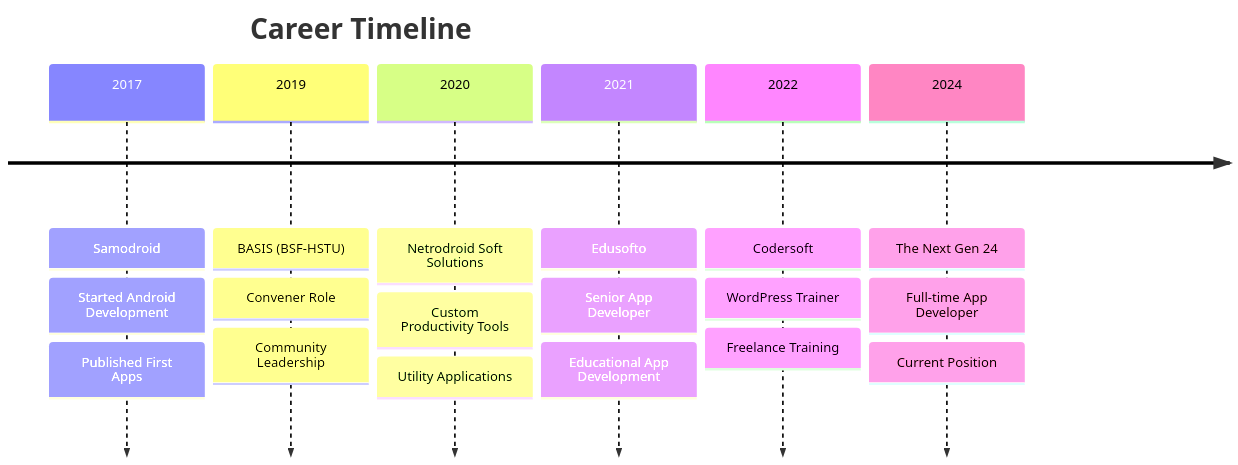
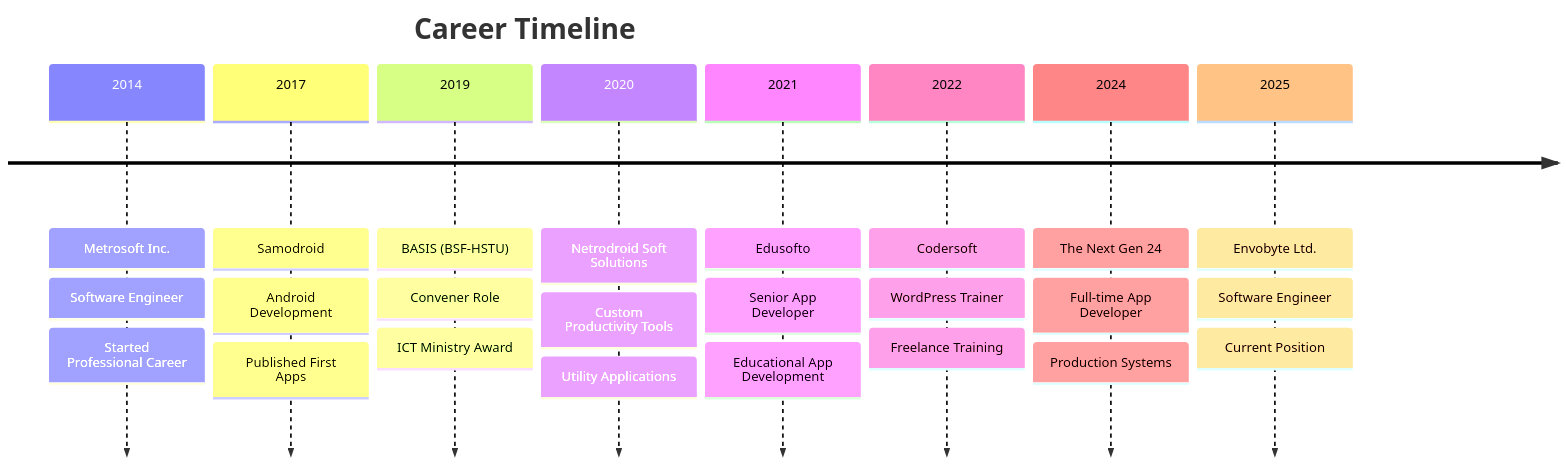
The diagram in README.md (samoba-islam/samoba-islam), drawn with Mermaid before and after one commit. The commit also changed other lines of this file, not shown here.

````diff
--- a/README.md
+++ b/README.md
@@ -237,22 +331,28 @@
 ```mermaid
 timeline
     title Career Timeline
+    2014 : Metrosoft Inc.
+         : Software Engineer
+         : Started Professional Career
     2017 : Samodroid
-         : Started Android Development
+         : Android Development
          : Published First Apps
     2019 : BASIS (BSF-HSTU)
          : Convener Role
-         : Community Leadership
+         : ICT Ministry Award
     2020 : Netrodroid Soft Solutions
          : Custom Productivity Tools
          : Utility Applications
     2021 : Edusofto
          : Senior App Developer
          : Educational App Development
     2022 : Codersoft
          : WordPress Trainer
          : Freelance Training
     2024 : The Next Gen 24
          : Full-time App Developer
+         : Production Systems
+    2025 : Envobyte Ltd.
+         : Software Engineer
          : Current Position
 ```
````
